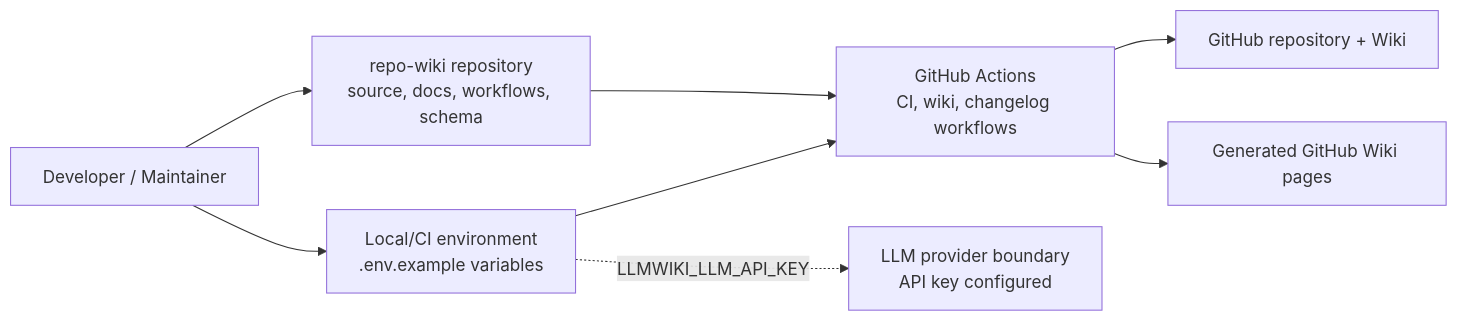
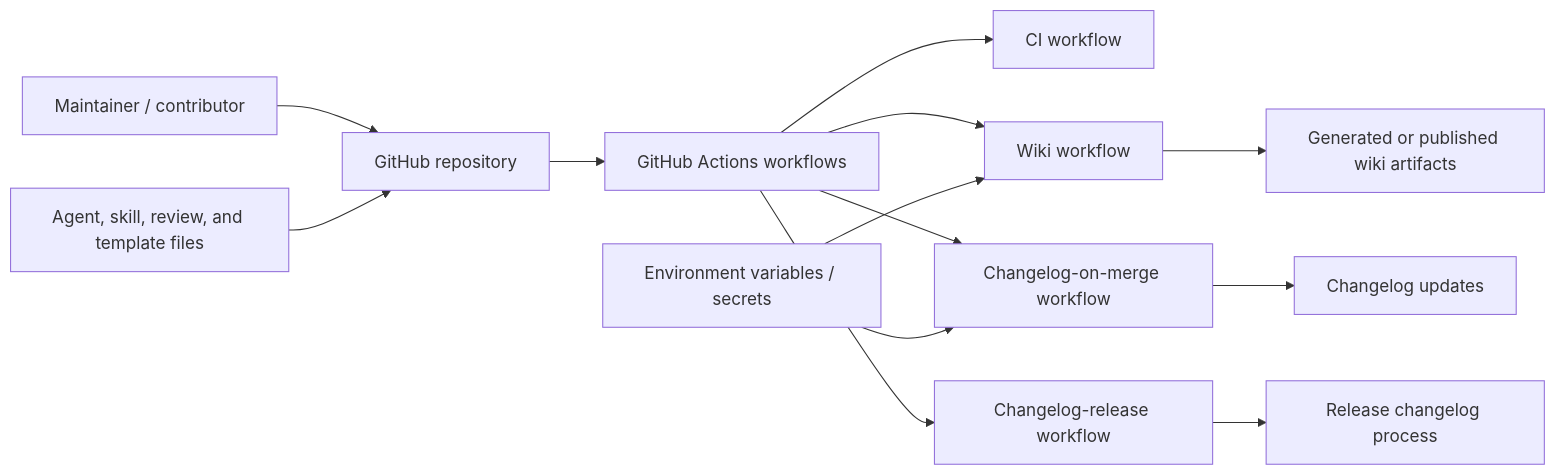
Before and after one commit to mfittko/repo-wiki: the first of 4 diagrams in Architecture.md, drawn with Mermaid. The commit also changed other lines of this file and 46 other files, not shown here.

Commit message:
Compile repository wiki 2026-06-13T00:19:17.893Z

````diff
--- a/Architecture.md
+++ b/Architecture.md
@@ -57,18 +43,15 @@
 ```mermaid
 flowchart LR
-    Developer["Developer / Maintainer"]
-    Repo["repo-wiki repository<br/>source, docs, workflows, schema"]
-    Env["Local/CI environment<br/>.env.example variables"]
-    Actions["GitHub Actions<br/>CI, wiki, changelog workflows"]
-    GitHub["GitHub repository + Wiki"]
-    LLM["LLM provider boundary<br/>API key configured"]
-    Wiki["Generated GitHub Wiki pages"]
-
-    Developer --> Repo
-    Developer --> Env
-    Repo --> Actions
-    Env --> Actions
-    Actions --> GitHub
-    Actions --> Wiki
-    Env -. "LLMWIKI_LLM_API_KEY" .-> LLM
+    User["Maintainer / contributor"] --> GitHub["GitHub repository"]
+    AgentDocs["Agent, skill, review, and template files"] --> GitHub
+    GitHub --> CI["GitHub Actions workflows"]
+    CI --> CIWorkflow["CI workflow"]
+    CI --> WikiWorkflow["Wiki workflow"]
+    CI --> ChangelogMerge["Changelog-on-merge workflow"]
+    CI --> ChangelogRelease["Changelog-release workflow"]
+    Env["Environment variables / secrets"] --> WikiWorkflow
+    Env --> ChangelogMerge
+    WikiWorkflow --> WikiOutput["Generated or published wiki artifacts"]
+    ChangelogMerge --> Changelog["Changelog updates"]
+    ChangelogRelease --> ReleaseDocs["Release changelog process"]
 ```
````
